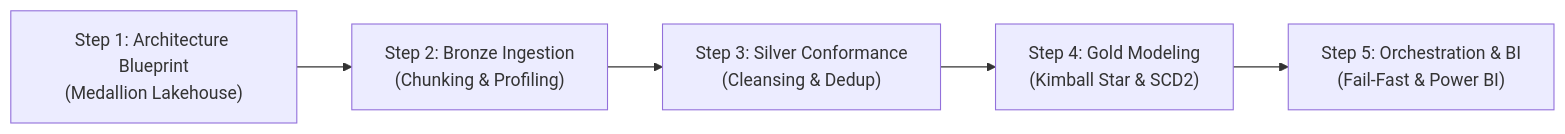
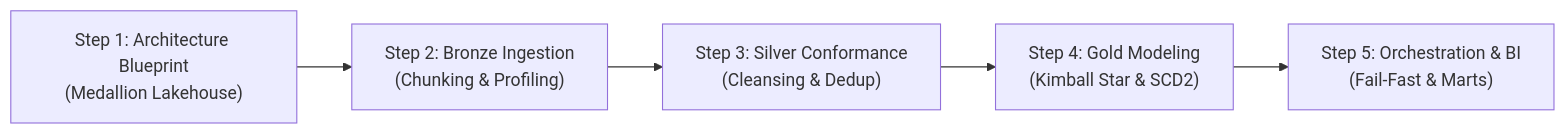
Before and after one commit to thunx280-ctrl/medallion-datapipeline: the second of 4 diagrams in README.md, drawn with Mermaid. The commit also changed other lines of this file and 3 other files, not shown here.

````diff
--- a/README.md
+++ b/README.md
@@ -92,7 +94,7 @@
 ```mermaid
 flowchart LR
     A["Step 1: Architecture Blueprint<br/>(Medallion Lakehouse)"] --> B["Step 2: Bronze Ingestion<br/>(Chunking & Profiling)"]
     B --> C["Step 3: Silver Conformance<br/>(Cleansing & Dedup)"]
     C --> D["Step 4: Gold Modeling<br/>(Kimball Star & SCD2)"]
-    D --> E["Step 5: Orchestration & BI<br/>(Fail-Fast & Power BI)"]
+    D --> E["Step 5: Orchestration & BI<br/>(Fail-Fast & Marts)"]
 ```
````
